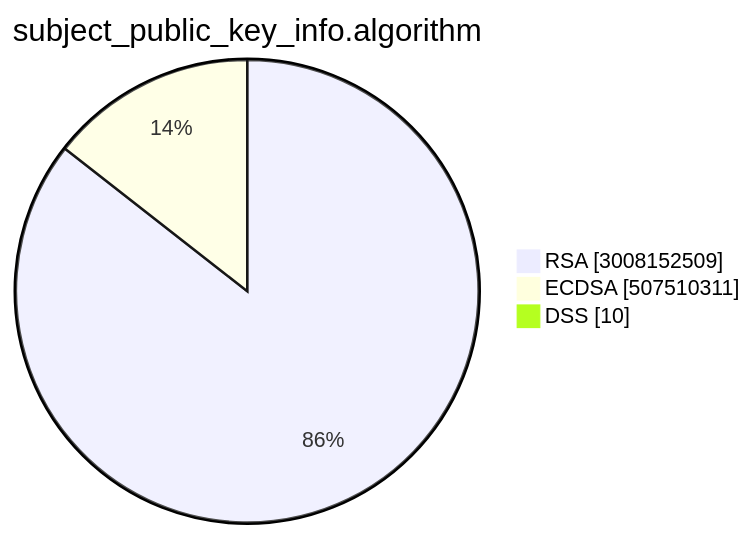
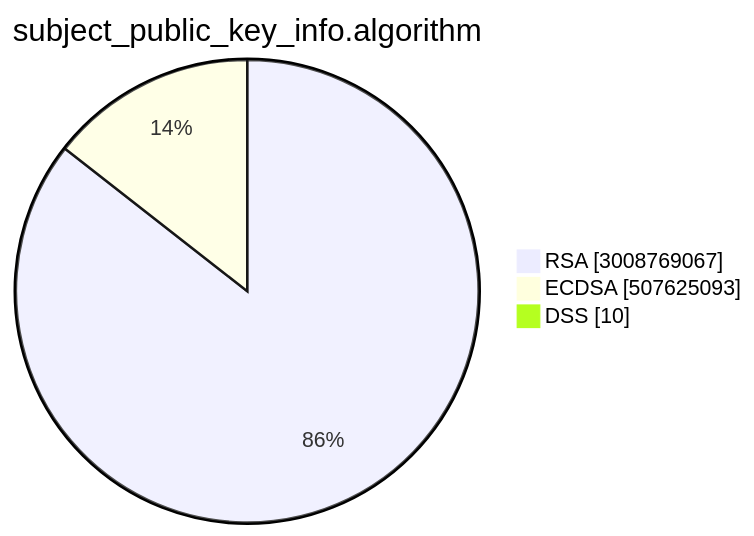
Before and after one commit to christiankrug/ctmonitor_visualization: the second of 15 diagrams in TOTAL/README.md, drawn with Mermaid. The commit also changed other lines of this file, not shown here.

````diff
--- a/TOTAL/README.md
+++ b/TOTAL/README.md
@@ -6,7 +6,7 @@
 ```mermaid
 pie showData
 title subject_public_key_info.algorithm
-"RSA" :3008152509
-"ECDSA" :507510311
+"RSA" :3008769067
+"ECDSA" :507625093
 "DSS" :10
 ```
````
